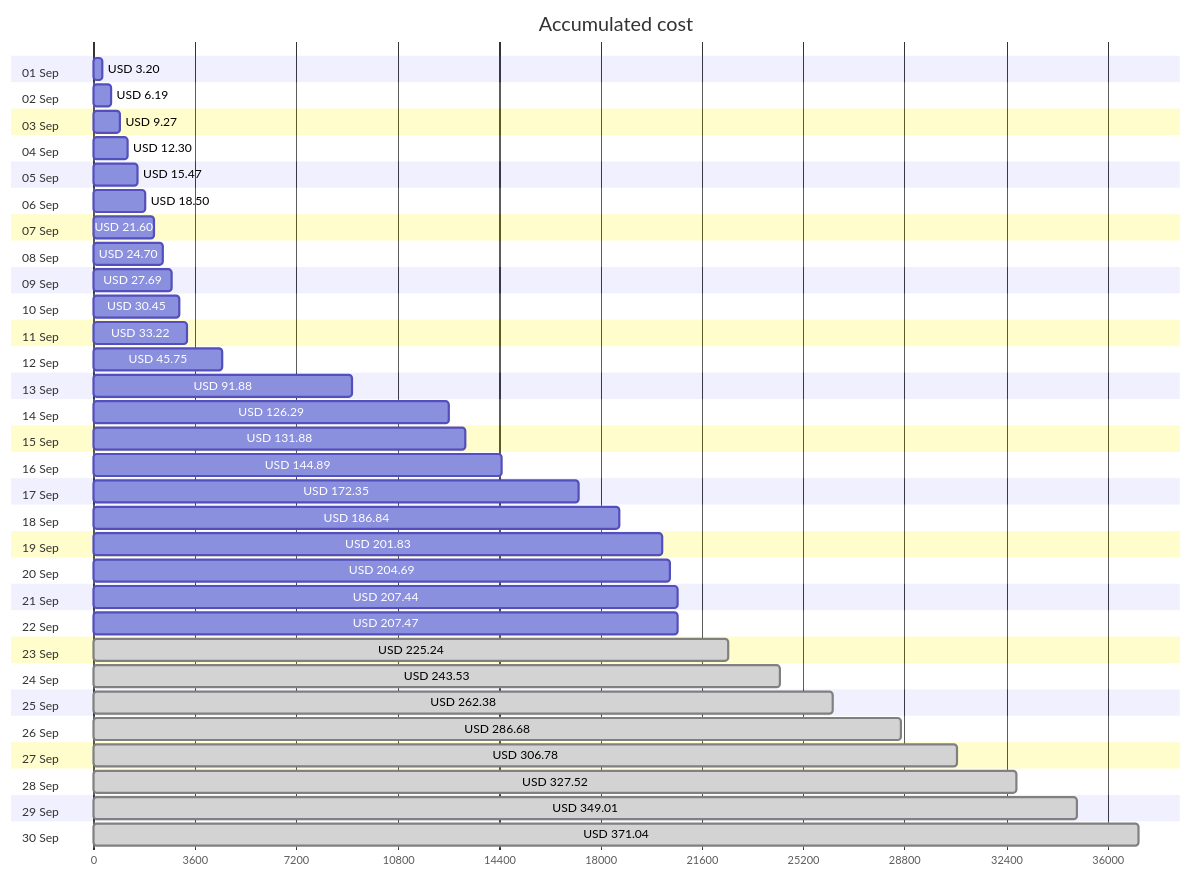
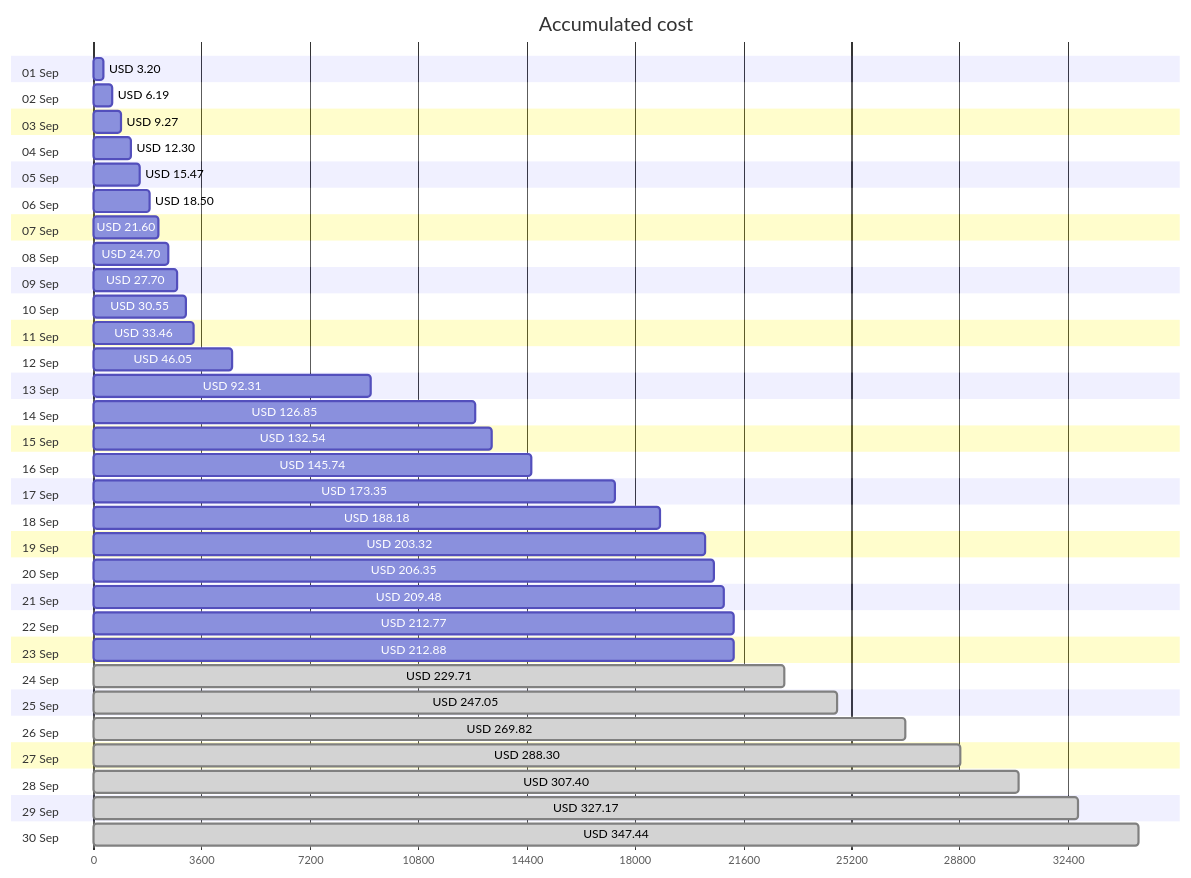
Before and after one commit to jpfulton/azure-personal-reports: the first of 4 diagrams in cost-reports/personal-network/README.md, drawn with Mermaid. The commit also changed other lines of this file and 9 other files, not shown here.

````diff
--- a/cost-reports/personal-network/README.md
+++ b/cost-reports/personal-network/README.md
@@ -20,66 +20,66 @@
 ```mermaid
 gantt
    title Accumulated cost
    dateFormat  X
    axisFormat %s
    section 01 Sep
    USD 3.20 :0, 320
    section 02 Sep
    USD 6.19 :0, 619
    section 03 Sep
    USD 9.27 :0, 927
    section 04 Sep
    USD 12.30 :0, 1230
    section 05 Sep
    USD 15.47 :0, 1547
    section 06 Sep
    USD 18.50 :0, 1850
    section 07 Sep
    USD 21.60 :0, 2160
    section 08 Sep
    USD 24.70 :0, 2470
    section 09 Sep
-   USD 27.69 :0, 2769
+   USD 27.70 :0, 2770
    section 10 Sep
-   USD 30.45 :0, 3045
+   USD 30.55 :0, 3055
    section 11 Sep
-   USD 33.22 :0, 3322
+   USD 33.46 :0, 3346
    section 12 Sep
-   USD 45.75 :0, 4575
+   USD 46.05 :0, 4605
    section 13 Sep
-   USD 91.88 :0, 9188
+   USD 92.31 :0, 9231
    section 14 Sep
-   USD 126.29 :0, 12629
+   USD 126.85 :0, 12685
    section 15 Sep
-   USD 131.88 :0, 13188
+   USD 132.54 :0, 13254
    section 16 Sep
-   USD 144.89 :0, 14489
+   USD 145.74 :0, 14574
    section 17 Sep
-   USD 172.35 :0, 17235
+   USD 173.35 :0, 17335
    section 18 Sep
-   USD 186.84 :0, 18684
+   USD 188.18 :0, 18818
    section 19 Sep
-   USD 201.83 :0, 20183
+   USD 203.32 :0, 20332
    section 20 Sep
-   USD 204.69 :0, 20469
+   USD 206.35 :0, 20635
    section 21 Sep
-   USD 207.44 :0, 20744
+   USD 209.48 :0, 20948
    section 22 Sep
-   USD 207.47 :0, 20747
+   USD 212.77 :0, 21277
    section 23 Sep
-   USD 225.24 : done, 0, 22524
+   USD 212.88 :0, 21288
    section 24 Sep
-   USD 243.53 : done, 0, 24353
+   USD 229.71 : done, 0, 22971
    section 25 Sep
-   USD 262.38 : done, 0, 26238
+   USD 247.05 : done, 0, 24705
    section 26 Sep
-   USD 286.68 : done, 0, 28668
+   USD 269.82 : done, 0, 26982
    section 27 Sep
-   USD 306.78 : done, 0, 30678
+   USD 288.30 : done, 0, 28830
    section 28 Sep
-   USD 327.52 : done, 0, 32752
+   USD 307.40 : done, 0, 30740
    section 29 Sep
-   USD 349.01 : done, 0, 34901
+   USD 327.17 : done, 0, 32717
    section 30 Sep
-   USD 371.04 : done, 0, 37104
+   USD 347.44 : done, 0, 34744
 ```
````
